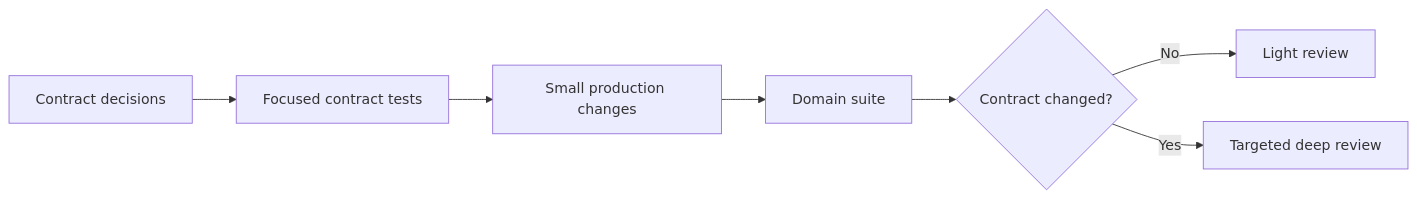
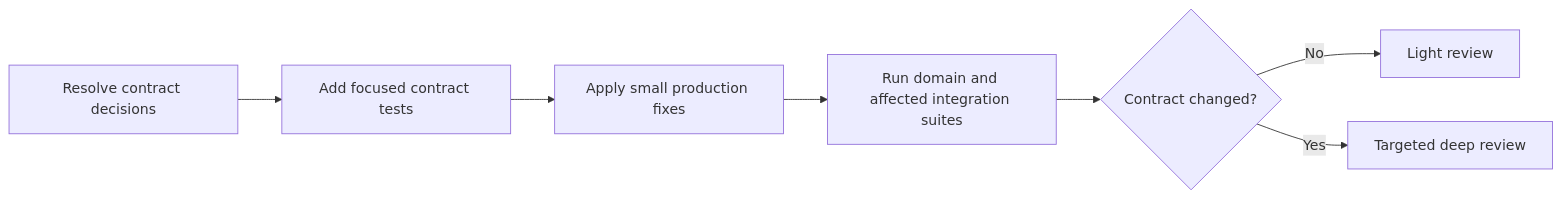
Before and after one commit to mols3131d/hmda-data-reliability: the diagram in inbox/2026-08-06/16-49-data-operations-test-foundation/README.md, drawn with Mermaid. The commit also changed other lines of this file and 7 other files, not shown here.

````diff
--- a/inbox/2026-08-06/16-49-data-operations-test-foundation/README.md
+++ b/inbox/2026-08-06/16-49-data-operations-test-foundation/README.md
@@ -52,9 +49,9 @@
 ```mermaid
 flowchart LR
-    decisions[Contract decisions] --> red[Focused contract tests]
-    red --> fixes[Small production changes]
-    fixes --> domain[Domain suite]
-    domain --> gate{Contract changed?}
-    gate -- No --> light[Light review]
-    gate -- Yes --> deep[Targeted deep review]
+    decide[Resolve contract decisions] --> tests[Add focused contract tests]
+    tests --> fixes[Apply small production fixes]
+    fixes --> suite[Run domain and affected integration suites]
+    suite --> classify{Contract changed?}
+    classify -- No --> light[Light review]
+    classify -- Yes --> deep[Targeted deep review]
 ```
````
